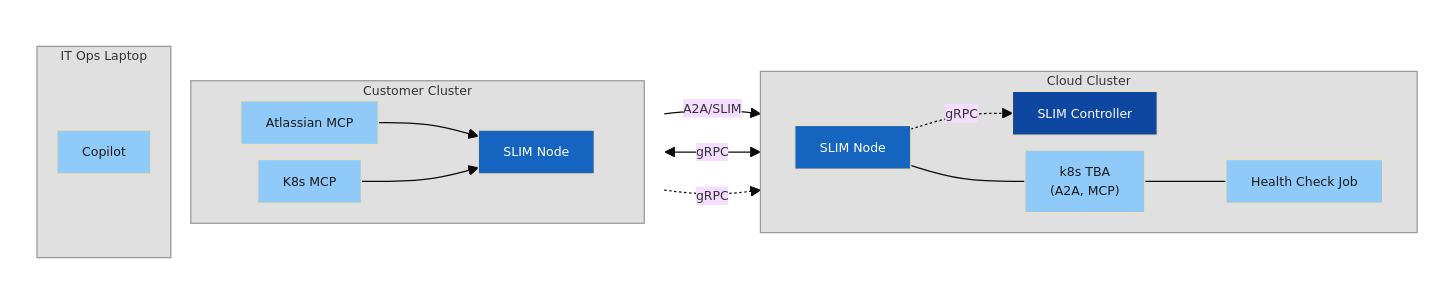
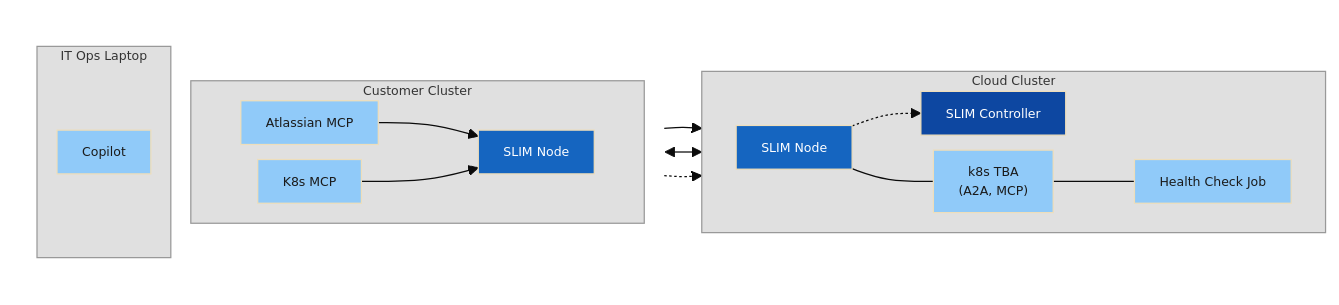
One commit to agntcy/blogs changed the sixth of 7 diagrams in presentations/slim-multicluster-demo/slim-multicluster-demo.md. Above: the diagram before and after it, drawn with Mermaid. The commit also changed other lines of this file, not shown here.

````diff
--- a/presentations/slim-multicluster-demo/slim-multicluster-demo.md
+++ b/presentations/slim-multicluster-demo/slim-multicluster-demo.md
@@ -298,43 +300,43 @@
 ```mermaid
 %%{init: {'theme': 'base', 'themeVariables': {'fontSize': '10px'}, 'flowchart': {'nodeSpacing': 12, 'rankSpacing': 30, 'padding': 10}}}%%
 graph LR
     subgraph Left[" "]
         direction TB
         subgraph Customer[Customer Cluster]
             direction LR
             AMCP[Atlassian MCP] --> CSN[SLIM Node]
             KMCP[K8s MCP] --> CSN
         end
         subgraph Laptop[IT Ops Laptop]
             Copilot[Copilot]
         end
     end
 
     subgraph Cloud[Cloud Cluster]
         direction LR
         SN[SLIM Node]
         SC[SLIM Controller]
         HCJ[Health Check Job]
         K8S["k8s TBA\n(A2A, MCP)"]
-        SN -. "gRPC" .-> SC
+        SN -.-> SC
         SN --- K8S
         K8S --- HCJ
     end
 
-    Copilot -- "A2A/SLIM" --> SN
-    CSN <-- "gRPC" --> SN
-    CSN -. "gRPC" .-> SC
+    Copilot --> SN
+    CSN <--> SN
+    CSN -.-> SC
 
     style Left fill:none,stroke:none
     style Customer fill:#e0e0e0,stroke:#999,color:#333
     style Cloud fill:#e0e0e0,stroke:#999,color:#333
     style Laptop fill:#e0e0e0,stroke:#999,color:#333
     style SC fill:#0D47A1,color:#fff
     style SN fill:#1565C0,color:#fff
     style CSN fill:#1565C0,color:#fff
     style AMCP fill:#90CAF9,color:#1a1a1a
     style KMCP fill:#90CAF9,color:#1a1a1a
     style K8S fill:#90CAF9,color:#1a1a1a
     style HCJ fill:#90CAF9,color:#1a1a1a
     style Copilot fill:#90CAF9,color:#1a1a1a
 ```
````
